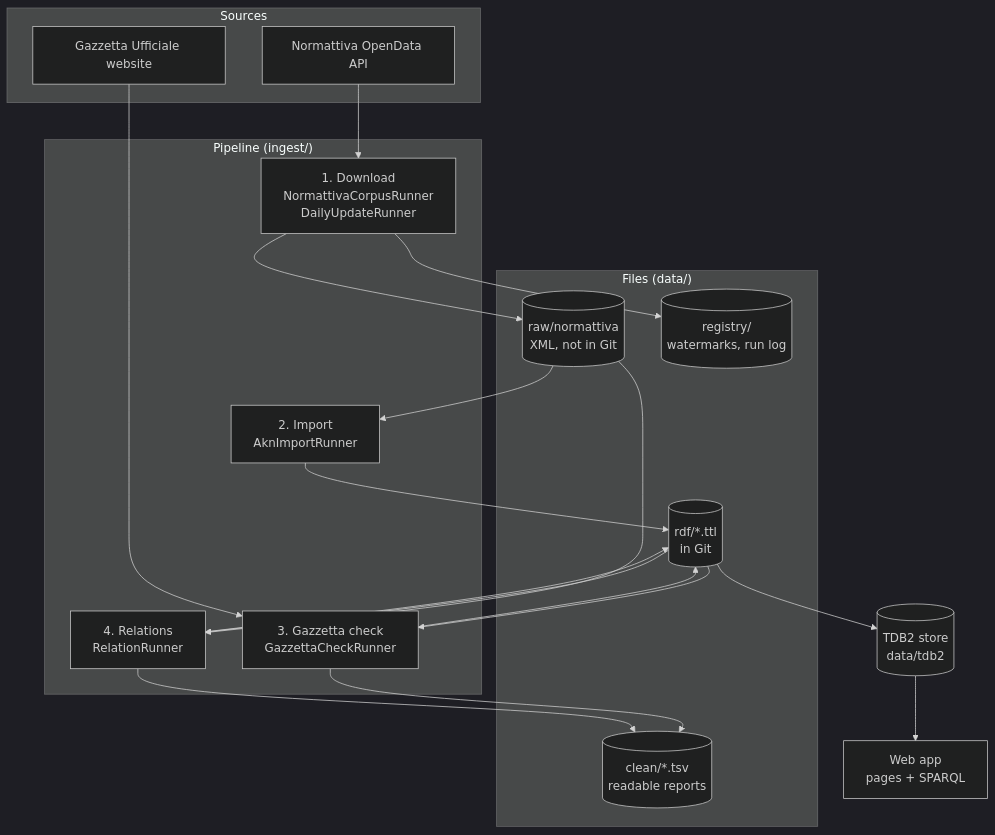
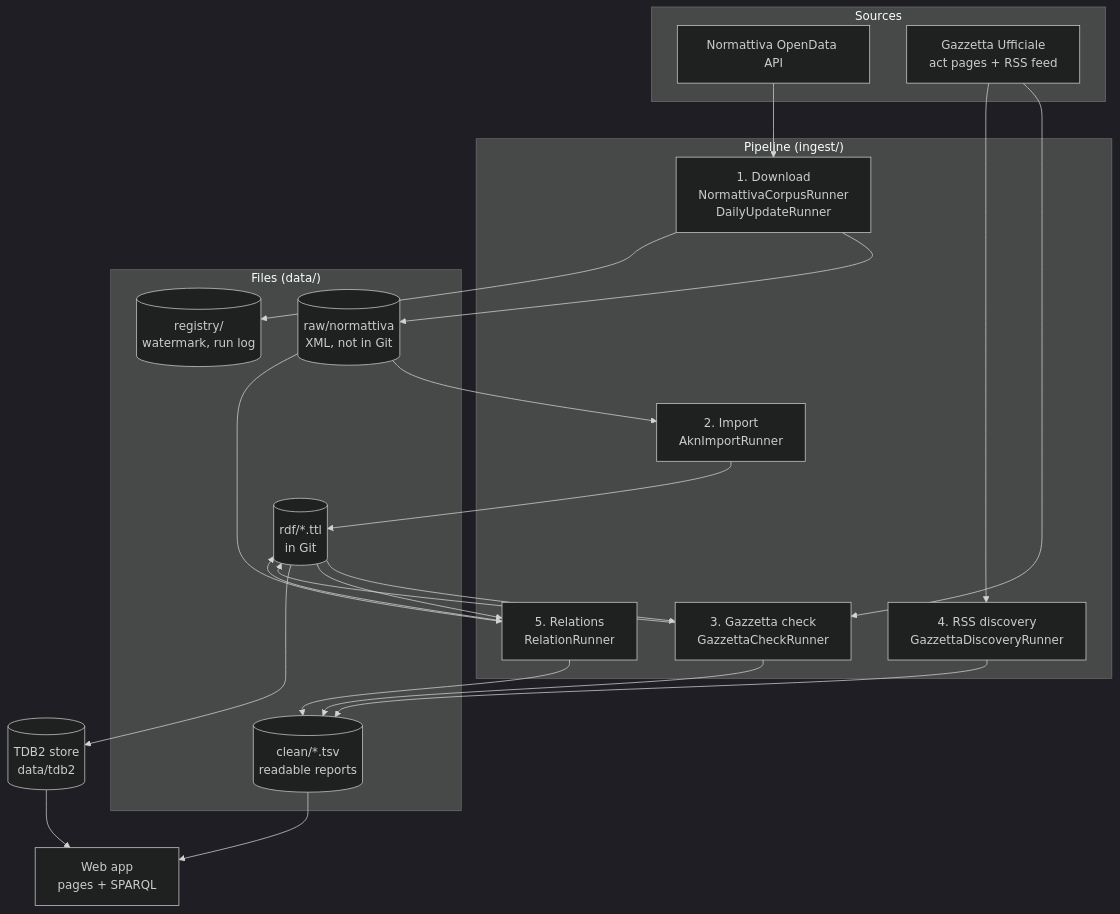
Before and after one commit to arvind088/Crawlar-gazzettaufficial: the first of 4 diagrams in ARCHITECTURE.md, drawn with Mermaid (dark theme). The commit also changed other lines of this file and 33 other files, not shown here.

````diff
--- a/ARCHITECTURE.md
+++ b/ARCHITECTURE.md
@@ -9,31 +9,34 @@
 ```mermaid
 flowchart TB
     subgraph Sources
         N[Normattiva OpenData API]
-        GU[Gazzetta Ufficiale website]
+        GU[Gazzetta Ufficiale<br/>act pages + RSS feed]
     end
     subgraph Pipeline["Pipeline (ingest/)"]
         D[1. Download<br/>NormattivaCorpusRunner<br/>DailyUpdateRunner]
         I[2. Import<br/>AknImportRunner]
         C[3. Gazzetta check<br/>GazzettaCheckRunner]
-        R[4. Relations<br/>RelationRunner]
+        X[4. RSS discovery<br/>GazzettaDiscoveryRunner]
+        R[5. Relations<br/>RelationRunner]
     end
     subgraph Files["Files (data/)"]
         RAW[(raw/normattiva<br/>XML, not in Git)]
         RDF[(rdf/*.ttl<br/>in Git)]
         TSV[(clean/*.tsv<br/>readable reports)]
-        REG[(registry/<br/>watermarks, run log)]
+        REG[(registry/<br/>watermark, run log)]
     end
     S[(TDB2 store<br/>data/tdb2)]
     WEB[Web app<br/>pages + SPARQL]
 
     N --> D --> RAW --> I --> RDF
     RDF --> C
     GU --> C --> RDF
+    GU --> X --> TSV
     RAW --> R
     RDF --> R --> RDF
     C --> TSV
     R --> TSV
     D --> REG
     RDF --> S --> WEB
+    TSV --> WEB
 ```
````
